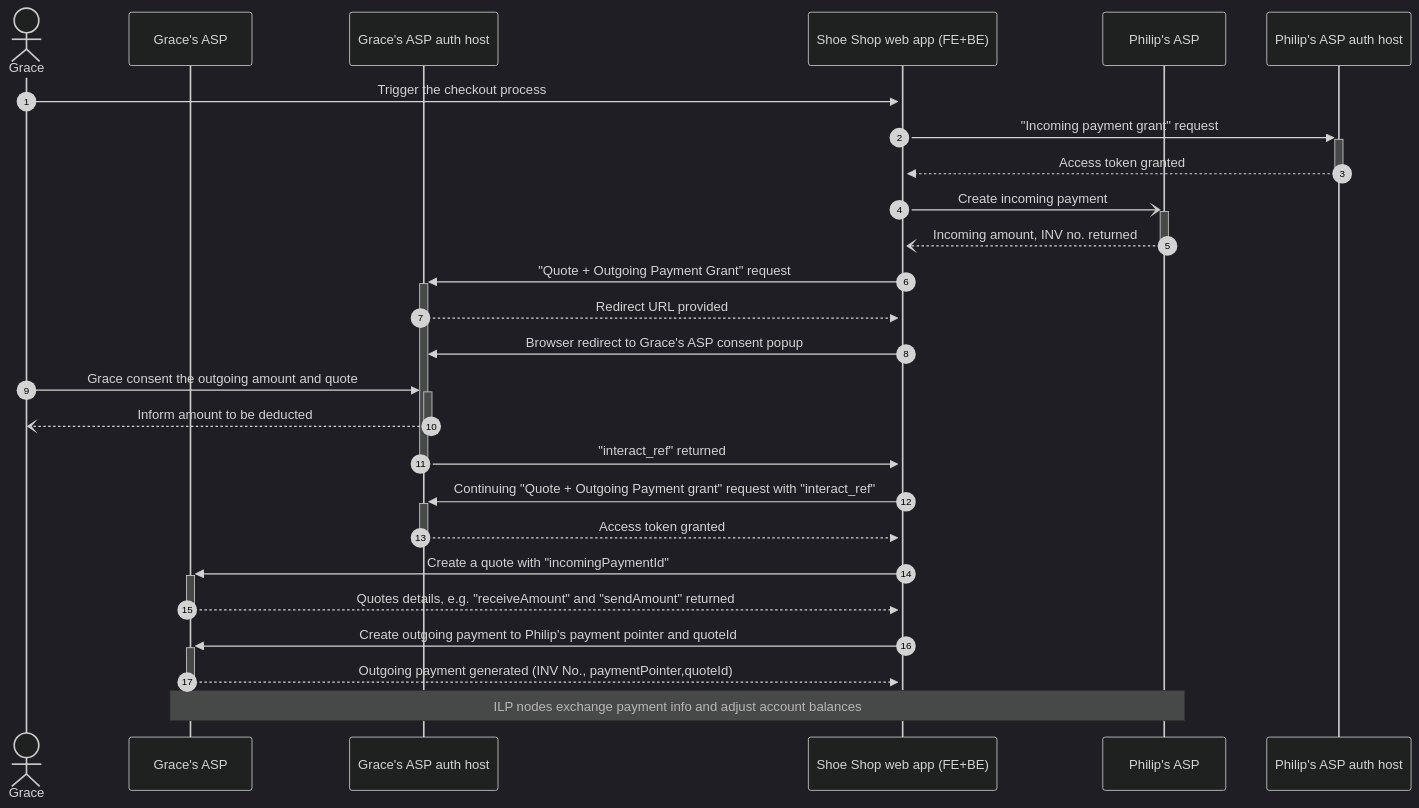
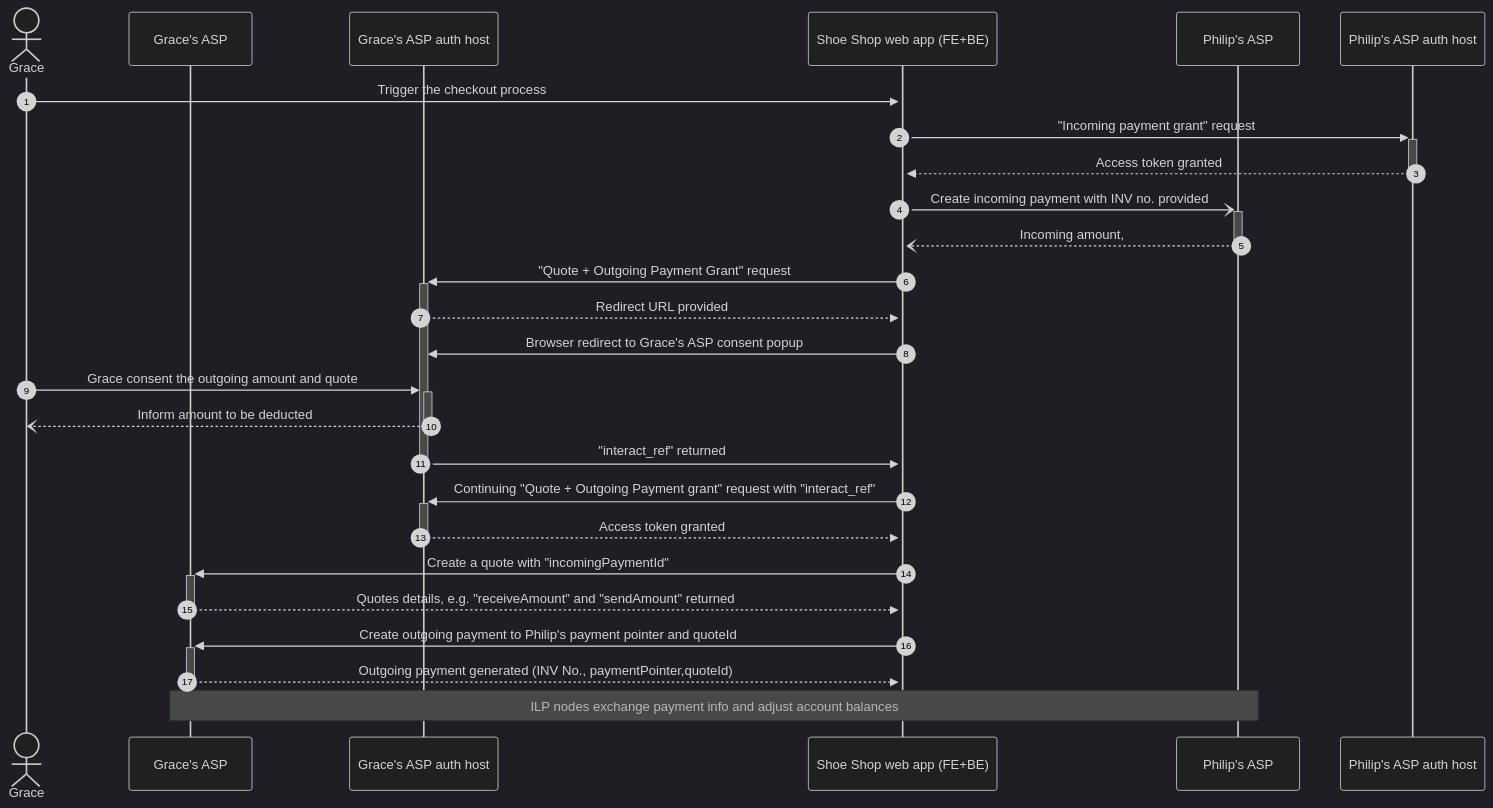
Before and after one commit to anguschiu1/interledger-divao: the diagram in rafiki-divao-demo/demo-playbook.md, drawn with Mermaid (dark theme). The commit also changed other lines of this file, not shown here.

````diff
--- a/rafiki-divao-demo/demo-playbook.md
+++ b/rafiki-divao-demo/demo-playbook.md
@@ -30,31 +30,31 @@
 ```mermaid
 sequenceDiagram
 autonumber
 Actor Gr as Grace
 participant B as Grace's ASP
 participant BA as Grace's ASP auth host
 participant WWW as Shoe Shop web app (FE+BE)
 participant P as Philip's ASP
 participant PA as Philip's ASP auth host
 Gr->>+WWW: Trigger the checkout process
 WWW->>+PA: "Incoming payment grant" request
 PA-->>-WWW: Access token granted
-WWW-)+P: Create incoming payment
-P--)-WWW: Incoming amount, INV no. returned
+WWW-)+P: Create incoming payment with INV no. provided
+P--)-WWW: Incoming amount,
 WWW->>+BA: "Quote + Outgoing Payment Grant" request
 BA-->>WWW: Redirect URL provided
 WWW->>BA: Browser redirect to Grace's ASP consent popup
 Gr->>+BA: Grace consent the outgoing amount and quote
 BA--)-Gr: Inform amount to be deducted
 BA->>-WWW: "interact_ref" returned
 WWW->>+BA: Continuing "Quote + Outgoing Payment grant" request with "interact_ref"
 BA-->>-WWW: Access token granted
 WWW->>+B: Create a quote with "incomingPaymentId"
 B-->>-WWW: Quotes details, e.g. "receiveAmount" and "sendAmount" returned
 WWW->>+B: Create outgoing payment to Philip's payment pointer and quoteId
 B-->>-WWW: Outgoing payment generated (INV No., paymentPointer,quoteId)
 Note over B, P: ILP nodes exchange payment info and adjust account balances
 
 
 
 ```
````
